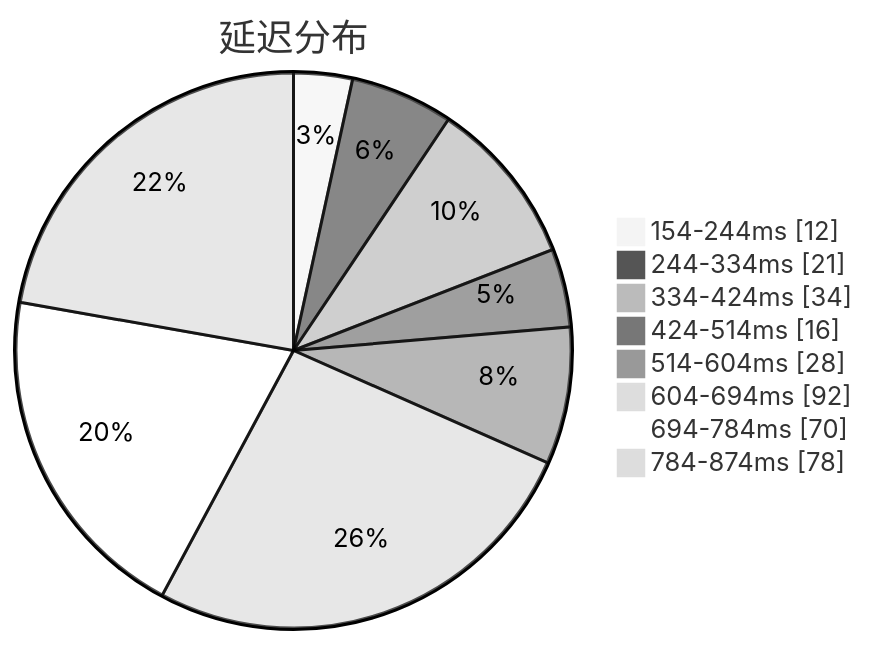
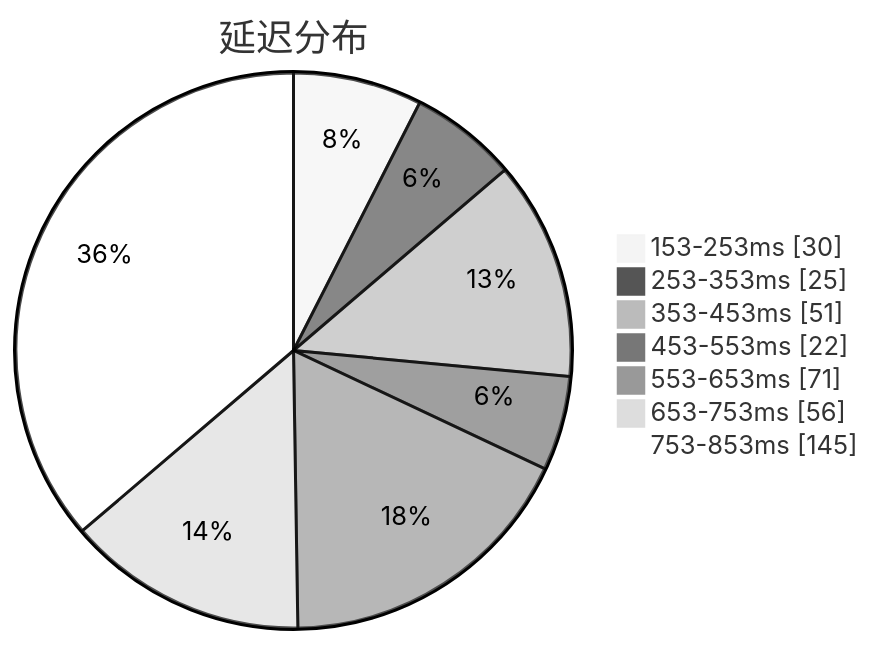
Before and after one commit to qjlxg/airport: the first of 3 diagrams in subs/statistics/tested_within.md, drawn with Mermaid (neutral theme). The commit also changed other lines of this file and 2 other files, not shown here.

````diff
--- a/subs/statistics/tested_within.md
+++ b/subs/statistics/tested_within.md
@@ -2,12 +2,11 @@
 ```mermaid
 pie showData
 title 延迟分布
-"154-244ms" : 12
-"244-334ms" : 21
-"334-424ms" : 34
-"424-514ms" : 16
-"514-604ms" : 28
-"604-694ms" : 92
-"694-784ms" : 70
-"784-874ms" : 78
+"153-253ms" : 30
+"253-353ms" : 25
+"353-453ms" : 51
+"453-553ms" : 22
+"553-653ms" : 71
+"653-753ms" : 56
+"753-853ms" : 145
 ```
````
